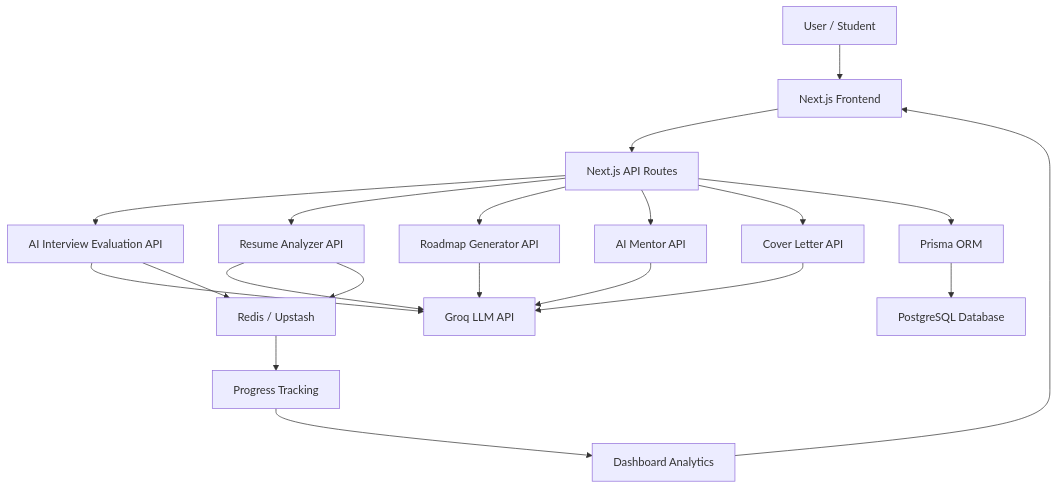
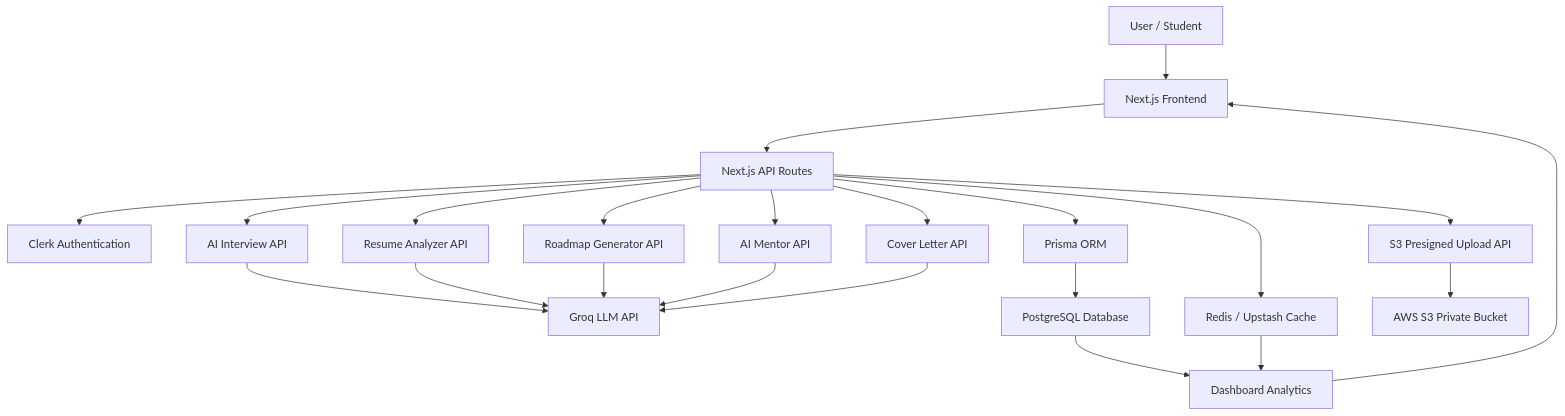
The diagram in README.md (hariom-p1306/PlacementPrepAI), drawn with Mermaid before and after one commit. The commit also changed other lines of this file, not shown here.

Commit message:
docs: update README with AWS S3 architecture

````diff
--- a/README.md
+++ b/README.md
@@ -123,28 +184,31 @@
 ```mermaid
 flowchart TD
     A[User / Student] --> B[Next.js Frontend]
     B --> C[Next.js API Routes]
 
-    C --> D[AI Interview Evaluation API]
-    C --> E[Resume Analyzer API]
-    C --> F[Roadmap Generator API]
-    C --> G[AI Mentor API]
-    C --> H[Cover Letter API]
+    C --> D[Clerk Authentication]
 
-    D --> I[Groq LLM API]
-    E --> I
-    F --> I
-    G --> I
-    H --> I
+    C --> E[AI Interview API]
+    C --> F[Resume Analyzer API]
+    C --> G[Roadmap Generator API]
+    C --> H[AI Mentor API]
+    C --> I[Cover Letter API]
+    C --> J[S3 Presigned Upload API]
 
-    D --> J[Redis / Upstash]
-    E --> J
+    E --> K[Groq LLM API]
+    F --> K
+    G --> K
+    H --> K
+    I --> K
 
-    J --> K[Progress Tracking]
-    K --> L[Dashboard Analytics]
+    C --> L[Prisma ORM]
+    L --> M[PostgreSQL Database]
 
-    C --> M[Prisma ORM]
-    M --> N[PostgreSQL Database]
+    C --> N[Redis / Upstash Cache]
 
-    L --> B
+    J --> O[AWS S3 Private Bucket]
+
+    M --> P[Dashboard Analytics]
+    N --> P
+    P --> B
 ```
````
